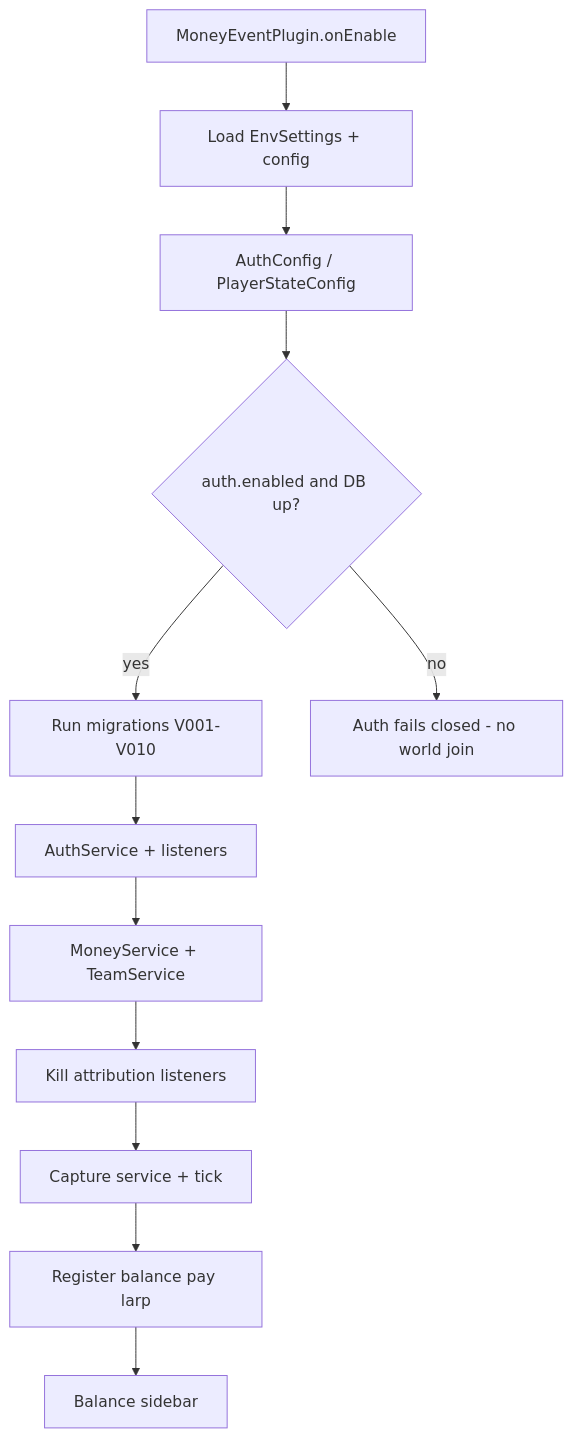
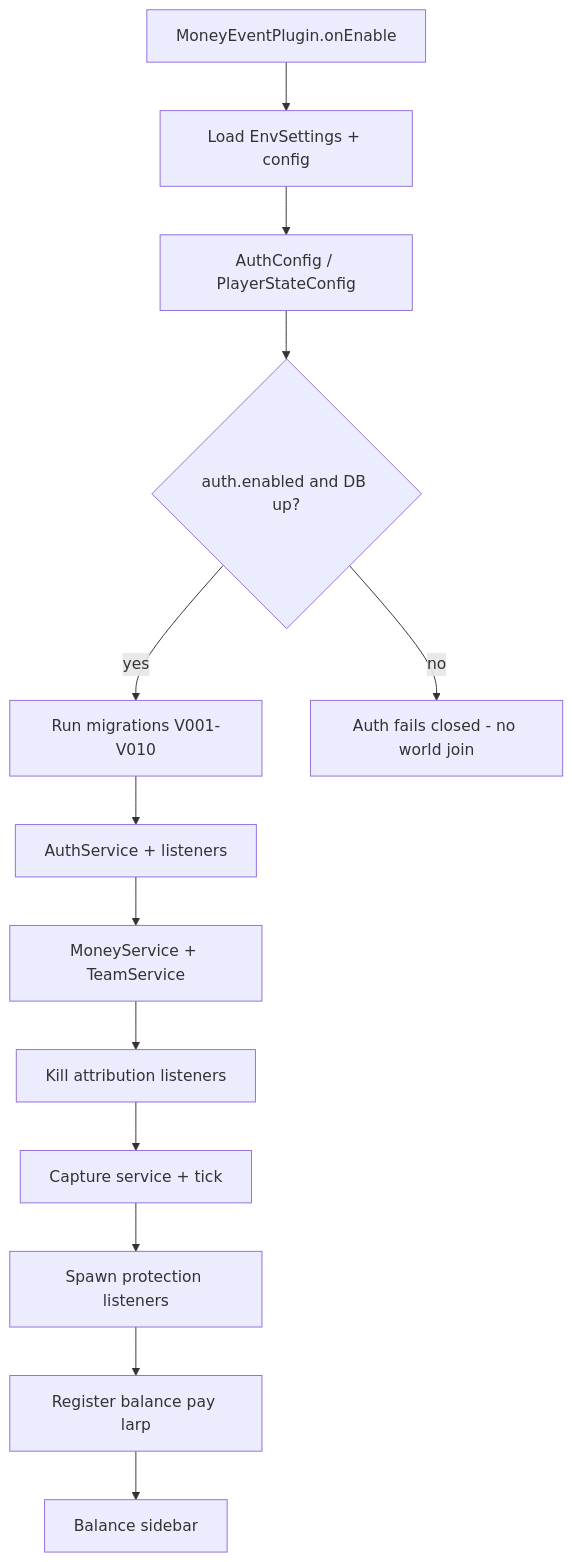
Before and after one commit to MyselfGoose/larpsmp: the diagram in documentation/03-architecture/system-overview.md, drawn with Mermaid. The commit also changed other lines of this file and 23 other files, not shown here.

First line of the commit message:
Add respawn-only spawn protection with unbreakable spawn blocks.

````diff
--- a/documentation/03-architecture/system-overview.md
+++ b/documentation/03-architecture/system-overview.md
@@ -43,19 +44,20 @@
 ```mermaid
 flowchart TD
   enable[MoneyEventPlugin.onEnable]
   env[Load EnvSettings + config]
   authCfg[AuthConfig / PlayerStateConfig]
   db{auth.enabled and DB up?}
   migrate[Run migrations V001-V010]
   authSvc[AuthService + listeners]
   money[MoneyService + TeamService]
   combat[Kill attribution listeners]
   capture[Capture service + tick]
+  spawn[Spawn protection listeners]
   cmds[Register balance pay larp]
   sidebar[Balance sidebar]
   fail[Auth fails closed - no world join]
 
   enable --> env --> authCfg --> db
-  db -->|yes| migrate --> authSvc --> money --> combat --> capture --> cmds --> sidebar
+  db -->|yes| migrate --> authSvc --> money --> combat --> capture --> spawn --> cmds --> sidebar
   db -->|no| fail
 ```
````
